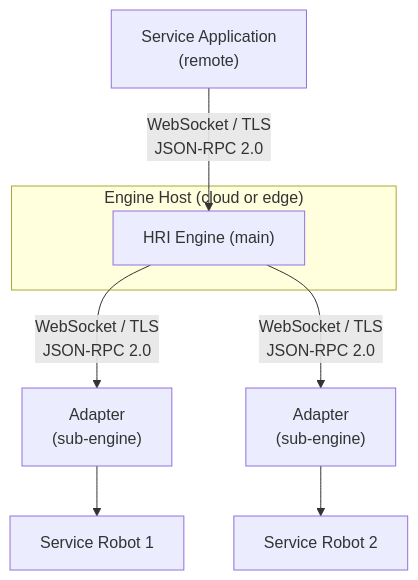
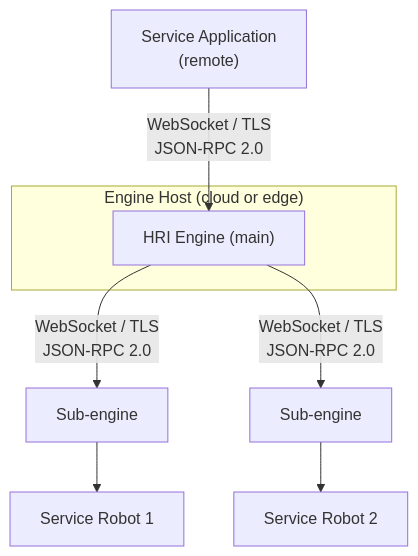
One commit to openrois/openrois changed the tenth of 17 diagrams in docs/white-paper.md. Above: the diagram before and after it, drawn with Mermaid. The commit also changed other lines of this file and 48 other files, not shown here.

First line of the commit message:
docs: align architecture diagram and terminology across public docs

````diff
--- a/docs/white-paper.md
+++ b/docs/white-paper.md
@@ -1308,15 +1328,15 @@
 ```mermaid
 flowchart TB
     App["Service Application<br/>(remote)"]
     App -->|"WebSocket / TLS<br/>JSON-RPC 2.0"| GW
 
     subgraph Cloud["Engine Host (cloud or edge)"]
         GW["HRI Engine (main)"]
     end
 
-    GW -->|"WebSocket / TLS<br/>JSON-RPC 2.0"| Adapter1["Adapter<br/>(sub-engine)"]
-    Adapter1 --> Robot1["Service Robot 1"]
+    GW -->|"WebSocket / TLS<br/>JSON-RPC 2.0"| SubEngine1["Sub-engine"]
+    SubEngine1 --> Robot1["Service Robot 1"]
 
-    GW -->|"WebSocket / TLS<br/>JSON-RPC 2.0"| Adapter2["Adapter<br/>(sub-engine)"]
-    Adapter2 --> Robot2["Service Robot 2"]
+    GW -->|"WebSocket / TLS<br/>JSON-RPC 2.0"| SubEngine2["Sub-engine"]
+    SubEngine2 --> Robot2["Service Robot 2"]
 ```
````
